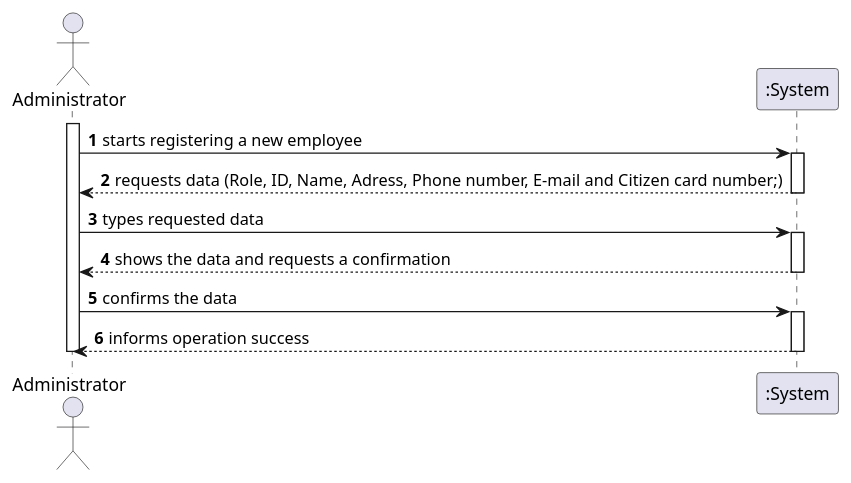
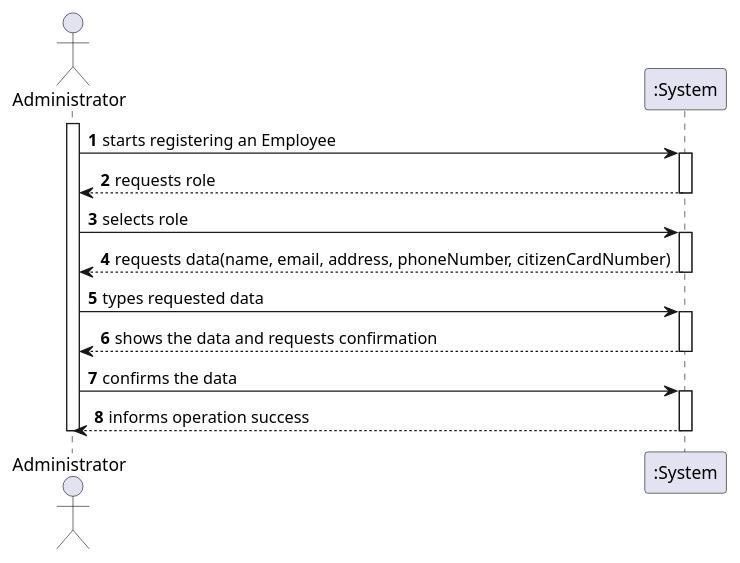
Before and after one commit to PedroMesquita1211171/VaccinationManager: the diagram in docs/SprintD/US/US10/US010_SSD.puml, drawn with PlantUML. The commit also changed 9 other files, not shown here.

```diff
--- a/docs/SprintD/US/US10/US010_SSD.puml
+++ b/docs/SprintD/US/US10/US010_SSD.puml
@@ -1,24 +1,35 @@
 @startuml
 
 autonumber
-actor "Administrator" as ADM
+actor "Administrator" as adm
+participant ":System" as sys
 
-activate ADM
-ADM -> ":System" : starts registering a new employee
-activate ":System"
-":System" --> ADM : requests data (Role, ID, Name, Adress, Phone number, E-mail and Citizen card number;)
-deactivate ":System"
+activate adm
+adm -> sys : starts registering an Employee
 
-ADM -> ":System" : types requested data
-activate ":System"
-":System" --> ADM : shows the data and requests a confirmation
-deactivate ":System"
+activate sys
+sys --> adm : requests role
+deactivate sys
 
-ADM -> ":System" : confirms the data
-activate ":System"
-":System" --> ADM : informs operation success
-deactivate ":System"
+adm -> sys : selects role
+
+activate sys
+sys --> adm : requests data(name, email, address, phoneNumber, citizenCardNumber)
+deactivate sys
+
+adm -> sys : types requested data
+
+activate sys
+sys --> adm : shows the data and requests confirmation
+deactivate sys
+
+adm -> sys : confirms the data
+
+activate sys
+sys --> adm : informs operation success
+deactivate sys
 
 
-deactivate ADM
+
+deactivate adm
 @enduml
```
